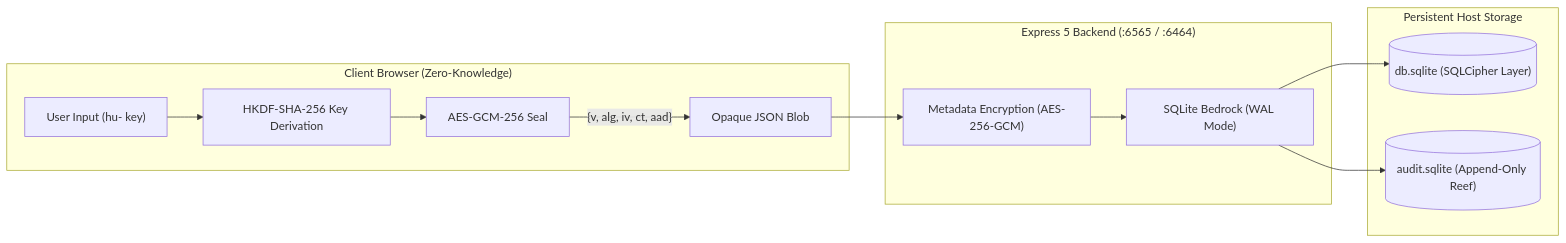
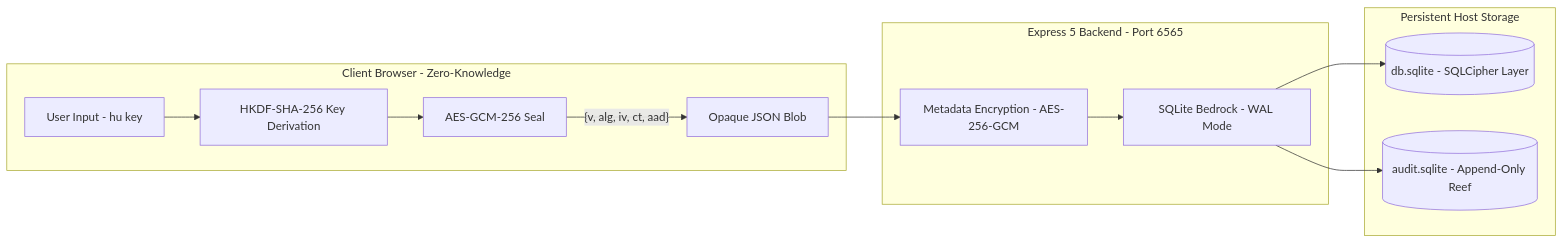
The diagram in docs/index.md (ClawStackStudios/ShellGuard), drawn with Mermaid before and after one commit. The commit also changed other lines of this file and 10 other files, not shown here.

````diff
--- a/docs/index.md
+++ b/docs/index.md
@@ -81,18 +84,18 @@
 ```mermaid
 flowchart LR
-  subgraph Client ["Client Browser (Zero-Knowledge)"]
-    A["User Input (hu- key)"] --> B["HKDF-SHA-256 Key Derivation"]
+  subgraph Client ["Client Browser - Zero-Knowledge"]
+    A["User Input - hu key"] --> B["HKDF-SHA-256 Key Derivation"]
     B --> C["AES-GCM-256 Seal"]
     C -->|"{v, alg, iv, ct, aad}"| D["Opaque JSON Blob"]
   end
 
-  subgraph Server ["Express 5 Backend (:6565 / :6464)"]
-    D --> E["Metadata Encryption (AES-256-GCM)"]
-    E --> F["SQLite Bedrock (WAL Mode)"]
+  subgraph Server ["Express 5 Backend - Port 6565"]
+    D --> E["Metadata Encryption - AES-256-GCM"]
+    E --> F["SQLite Bedrock - WAL Mode"]
   end
 
   subgraph Storage ["Persistent Host Storage"]
-    F --> G[("db.sqlite (SQLCipher Layer)")]
-    F --> H[("audit.sqlite (Append-Only Reef)")]
+    F --> G[("db.sqlite - SQLCipher Layer")]
+    F --> H[("audit.sqlite - Append-Only Reef")]
   end
 ```
````
